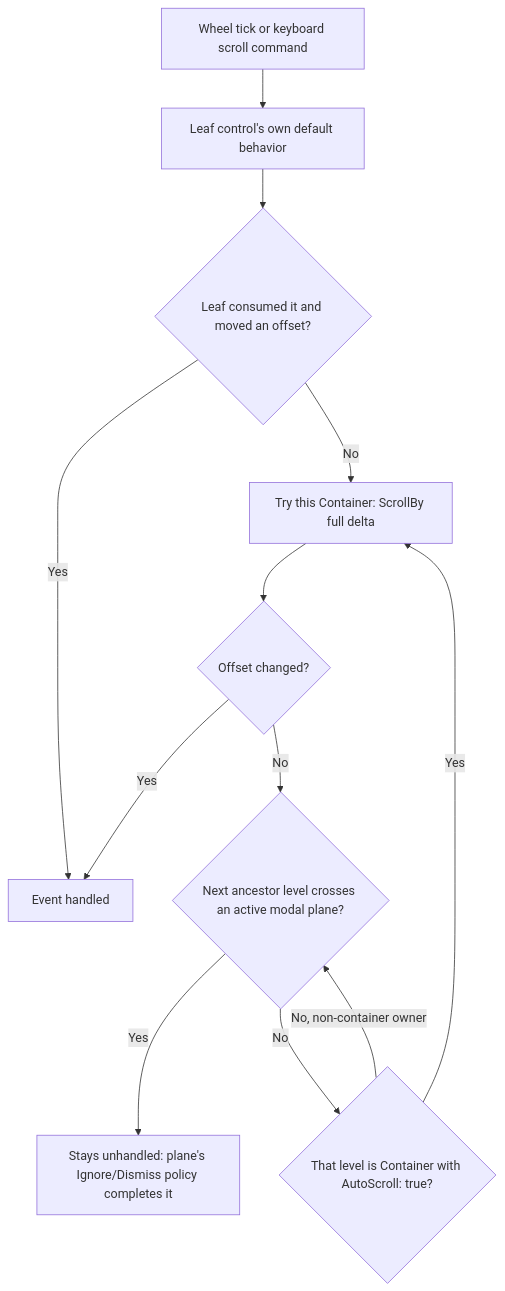
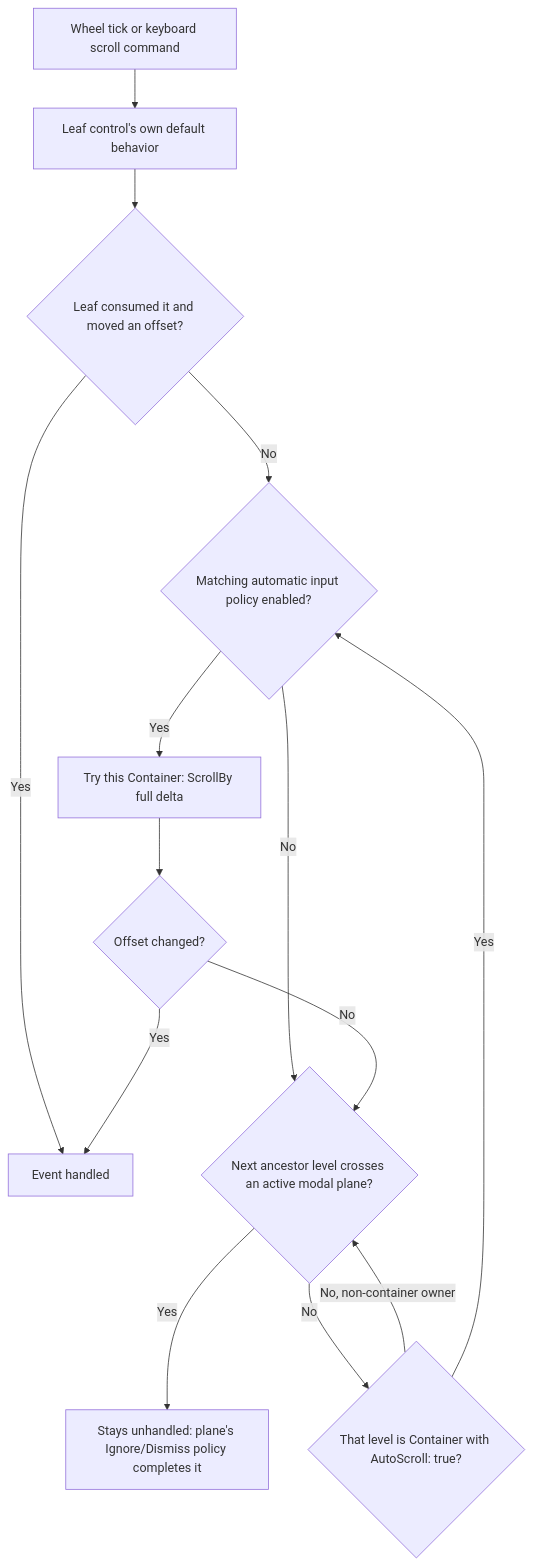
The diagram in docs/concepts/scrolling.md (pavkam/sharp-vision), drawn with Mermaid before and after one commit. The commit also changed other lines of this file and 21 other files, not shown here.

````diff
--- a/docs/concepts/scrolling.md
+++ b/docs/concepts/scrolling.md
@@ -162,14 +165,16 @@
 ```mermaid
 flowchart TD
     Event["Wheel tick or keyboard scroll command"] --> Leaf["Leaf control's own default behavior"]
     Leaf --> LeafMoved{"Leaf consumed it and moved an offset?"}
     LeafMoved -->|Yes| Handled["Event handled"]
-    LeafMoved -->|No| Current["Try this Container: ScrollBy full delta"]
+    LeafMoved -->|No| Policy{"Matching automatic input policy enabled?"}
+    Policy -->|No| NextLevel
+    Policy -->|Yes| Current["Try this Container: ScrollBy full delta"]
     Current --> Moved{"Offset changed?"}
     Moved -->|Yes| Handled
     Moved -->|No| NextLevel{"Next ancestor level crosses an active modal plane?"}
     NextLevel -->|Yes| Unhandled["Stays unhandled: plane's Ignore/Dismiss policy completes it"]
     NextLevel -->|No| Ancestor{"That level is Container with AutoScroll: true?"}
     Ancestor -->|No, non-container owner| NextLevel
-    Ancestor -->|Yes| Current
+    Ancestor -->|Yes| Policy
 ```
````
